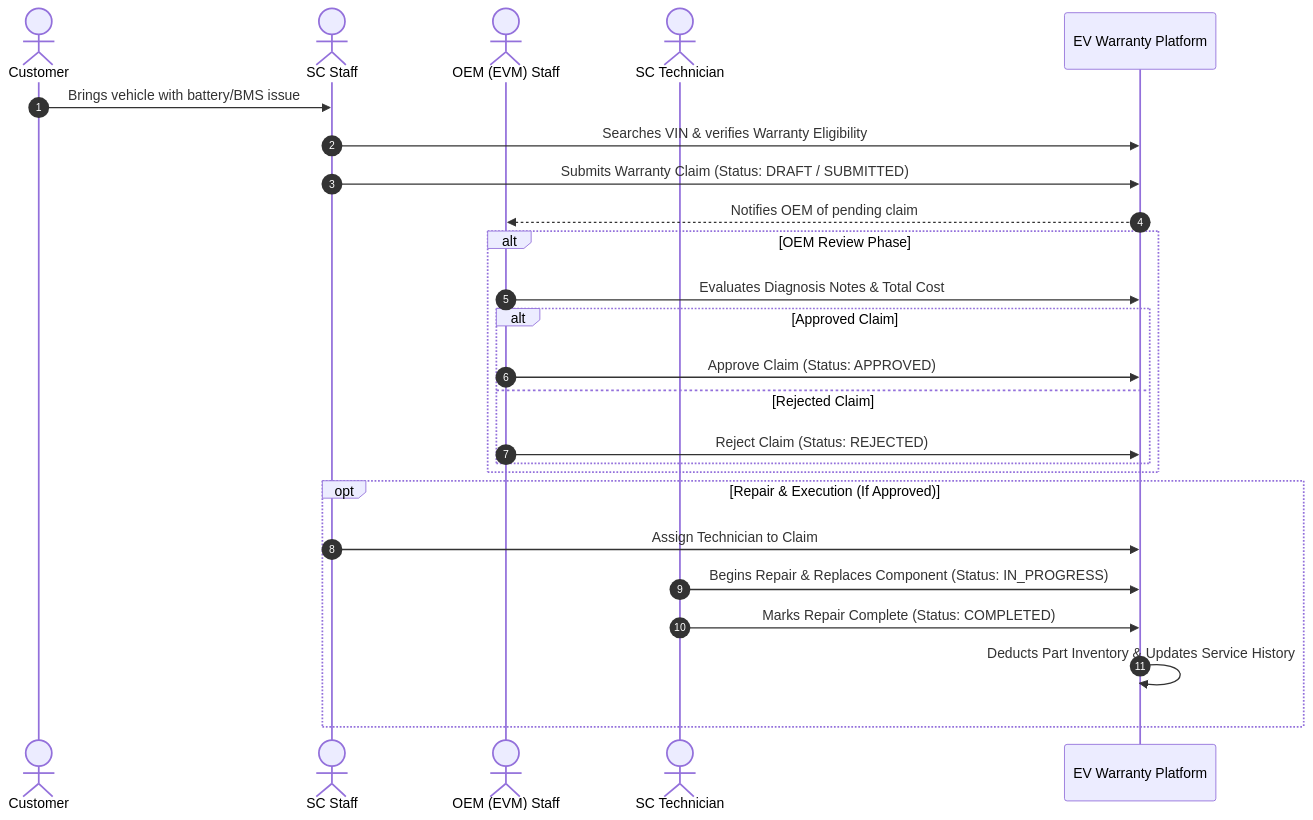
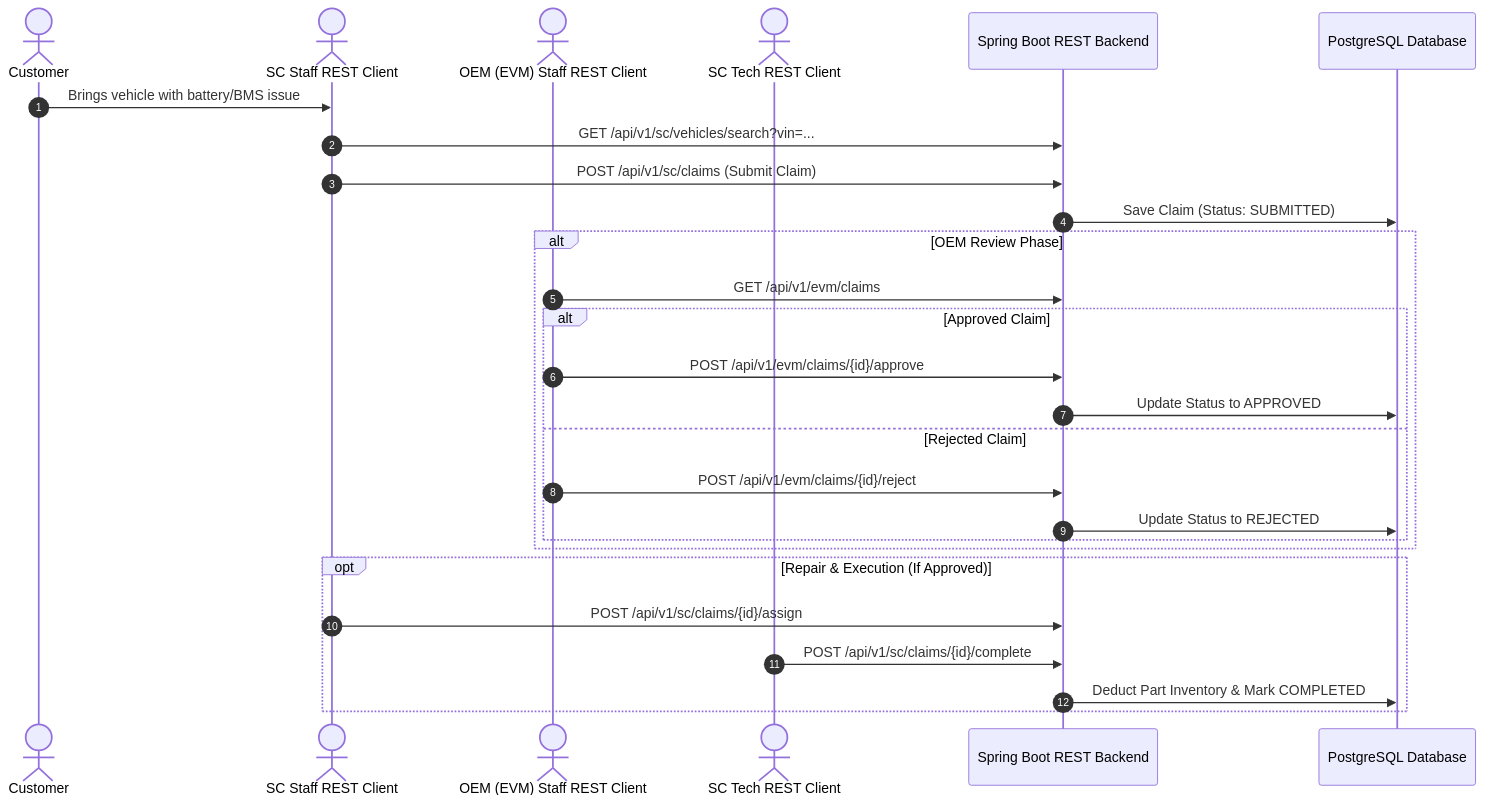
One commit to KaitoDeus/VinFast-BE changed the diagram in README.md. Above: the diagram before and after it, drawn with Mermaid. The commit also changed other lines of this file and 65 other files, not shown here.

First line of the commit message:
refactor: convert monolith to pure headless REST API backend

````diff
--- a/README.md
+++ b/README.md
@@ -61,30 +53,32 @@
 ```mermaid
 sequenceDiagram
     autonumber
     actor Customer
-    actor SCStaff as SC Staff
-    actor EVMStaff as OEM (EVM) Staff
-    actor SCTech as SC Technician
-    participant System as EV Warranty Platform
+    actor SCStaff as SC Staff REST Client
+    actor EVMStaff as OEM (EVM) Staff REST Client
+    actor SCTech as SC Tech REST Client
+    participant API as Spring Boot REST Backend
+    participant DB as PostgreSQL Database
 
     Customer->>SCStaff: Brings vehicle with battery/BMS issue
-    SCStaff->>System: Searches VIN & verifies Warranty Eligibility
-    SCStaff->>System: Submits Warranty Claim (Status: DRAFT / SUBMITTED)
-    System-->>EVMStaff: Notifies OEM of pending claim
+    SCStaff->>API: GET /api/v1/sc/vehicles/search?vin=...
+    SCStaff->>API: POST /api/v1/sc/claims (Submit Claim)
+    API->>DB: Save Claim (Status: SUBMITTED)
     
     alt OEM Review Phase
-        EVMStaff->>System: Evaluates Diagnosis Notes & Total Cost
+        EVMStaff->>API: GET /api/v1/evm/claims
         alt Approved Claim
-            EVMStaff->>System: Approve Claim (Status: APPROVED)
+            EVMStaff->>API: POST /api/v1/evm/claims/{id}/approve
+            API->>DB: Update Status to APPROVED
         else Rejected Claim
-            EVMStaff->>System: Reject Claim (Status: REJECTED)
+            EVMStaff->>API: POST /api/v1/evm/claims/{id}/reject
+            API->>DB: Update Status to REJECTED
         end
     end
 
     opt Repair & Execution (If Approved)
-        SCStaff->>System: Assign Technician to Claim
-        SCTech->>System: Begins Repair & Replaces Component (Status: IN_PROGRESS)
-        SCTech->>System: Marks Repair Complete (Status: COMPLETED)
-        System->>System: Deducts Part Inventory & Updates Service History
+        SCStaff->>API: POST /api/v1/sc/claims/{id}/assign
+        SCTech->>API: POST /api/v1/sc/claims/{id}/complete
+        API->>DB: Deduct Part Inventory & Mark COMPLETED
     end
 ```
````
